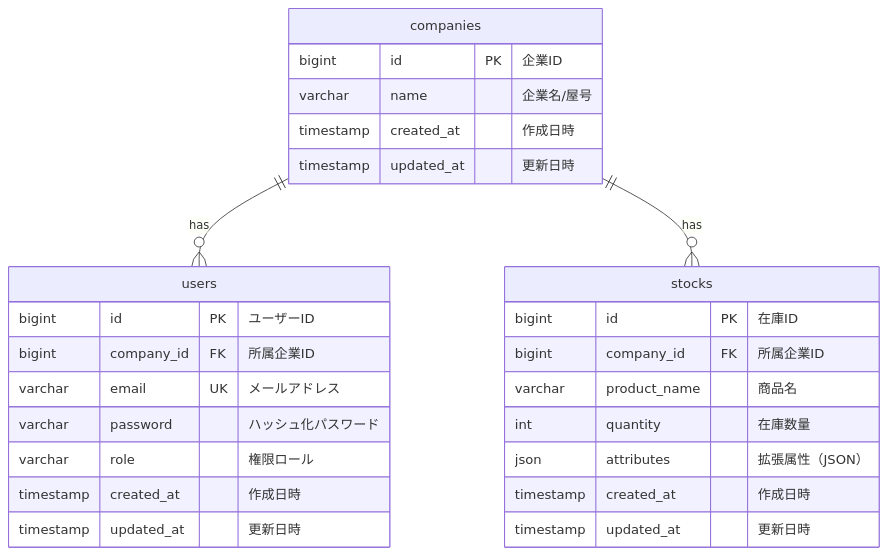
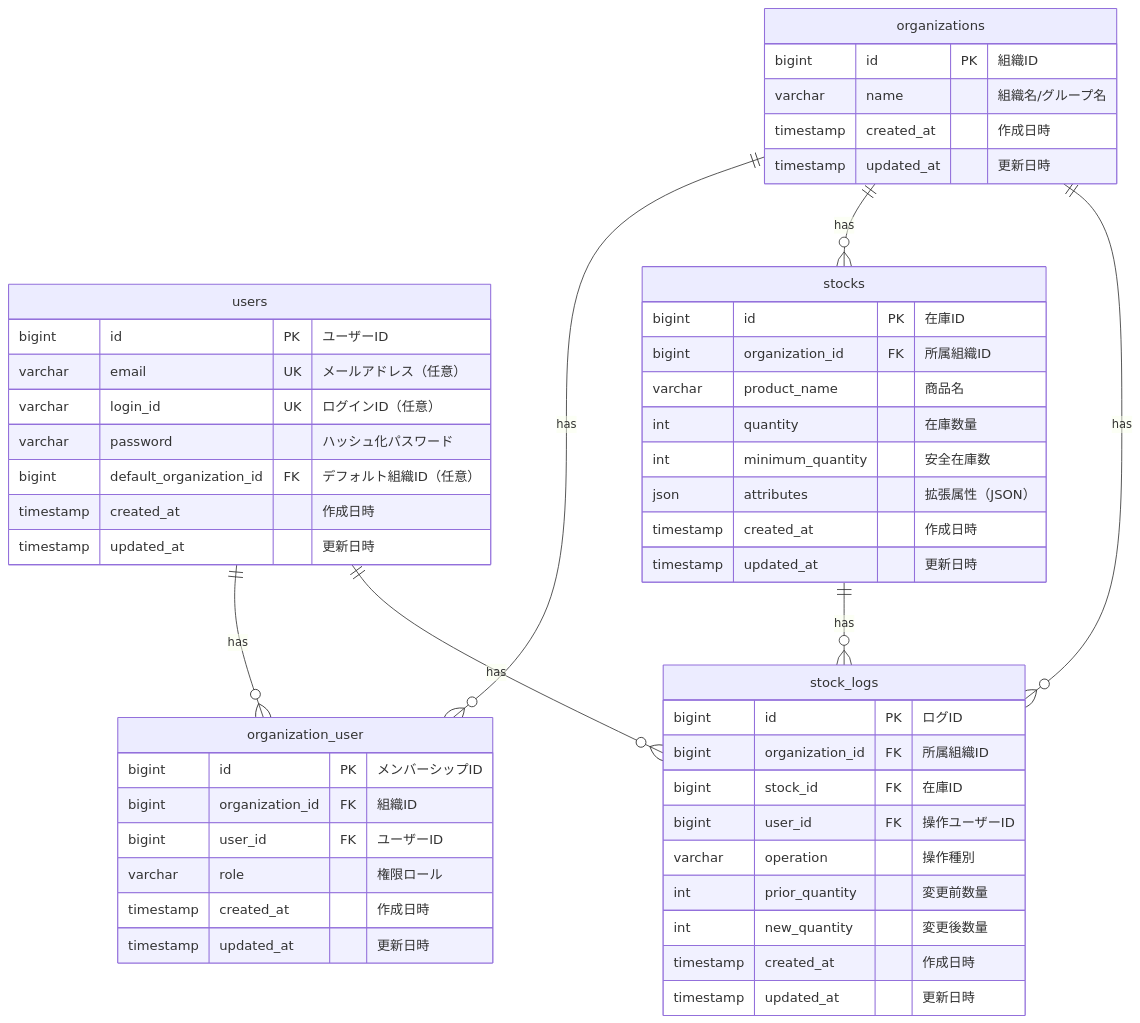
One commit to nomux2/worknity changed the diagram in _doc/データベース設計書.md. Above: the diagram before and after it, drawn with Mermaid. The commit also changed other lines of this file and 71 other files, not shown here.

````diff
--- a/_doc/データベース設計書.md
+++ b/_doc/データベース設計書.md
@@ -18,32 +18,58 @@
 ```mermaid
 erDiagram
-    companies ||--o{ users : "has"
-    companies ||--o{ stocks : "has"
+    organizations ||--o{ organization_user : "has"
+    users ||--o{ organization_user : "has"
+    organizations ||--o{ stocks : "has"
+    organizations ||--o{ stock_logs : "has"
+    stocks ||--o{ stock_logs : "has"
+    users ||--o{ stock_logs : "has"
 
-    companies {
-        bigint id PK "企業ID"
-        varchar name "企業名/屋号"
+    organizations {
+        bigint id PK "組織ID"
+        varchar name "組織名/グループ名"
         timestamp created_at "作成日時"
         timestamp updated_at "更新日時"
     }
 
     users {
         bigint id PK "ユーザーID"
-        bigint company_id FK "所属企業ID"
-        varchar email UK "メールアドレス"
+        varchar email UK "メールアドレス（任意）"
+        varchar login_id UK "ログインID（任意）"
         varchar password "ハッシュ化パスワード"
+        bigint default_organization_id FK "デフォルト組織ID（任意）"
+        timestamp created_at "作成日時"
+        timestamp updated_at "更新日時"
+    }
+
+    organization_user {
+        bigint id PK "メンバーシップID"
+        bigint organization_id FK "組織ID"
+        bigint user_id FK "ユーザーID"
         varchar role "権限ロール"
         timestamp created_at "作成日時"
         timestamp updated_at "更新日時"
     }
 
     stocks {
         bigint id PK "在庫ID"
-        bigint company_id FK "所属企業ID"
+        bigint organization_id FK "所属組織ID"
         varchar product_name "商品名"
         int quantity "在庫数量"
+        int minimum_quantity "安全在庫数"
         json attributes "拡張属性（JSON）"
         timestamp created_at "作成日時"
         timestamp updated_at "更新日時"
     }
+
+    stock_logs {
+        bigint id PK "ログID"
+        bigint organization_id FK "所属組織ID"
+        bigint stock_id FK "在庫ID"
+        bigint user_id FK "操作ユーザーID"
+        varchar operation "操作種別"
+        int prior_quantity "変更前数量"
+        int new_quantity "変更後数量"
+        timestamp created_at "作成日時"
+        timestamp updated_at "更新日時"
+    }
 ```
````
